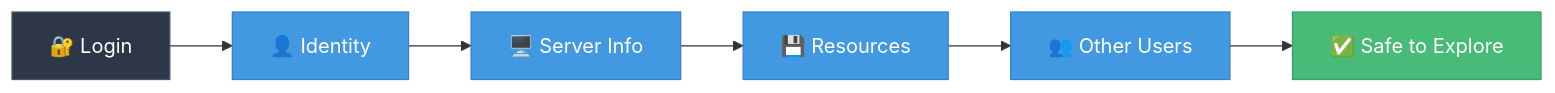
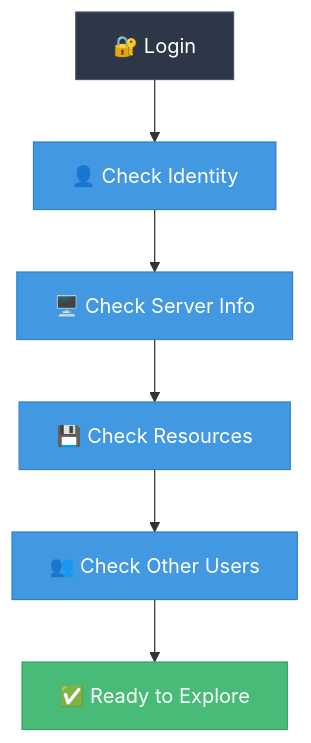
Before and after one commit to bradpenney/exploring_linux: the diagram in docs/day_one/orientation.md, drawn with Mermaid. The commit also changed other lines of this file and 5 other files, not shown here.

````diff
--- a/docs/day_one/orientation.md
+++ b/docs/day_one/orientation.md
@@ -24,15 +24,15 @@
 ``` mermaid
-graph LR
-    A[🔐 Login] --> B[👤 Identity]
-    B --> C[🖥️ Server Info]
-    C --> D[💾 Resources]
-    D --> E[👥 Other Users]
-    E --> F[✅ Safe to Explore]
+graph TD
+    A[🔐 Login] --> B[👤 Check Identity]
+    B --> C[🖥️ Check Server Info]
+    C --> D[💾 Check Resources]
+    D --> E[👥 Check Other Users]
+    E --> F[✅ Ready to Explore]
 
     style A fill:#2d3748,stroke:#4a5568,color:#fff
     style F fill:#48bb78,stroke:#38a169,color:#fff
     style B fill:#4299e1,stroke:#3182ce,color:#fff
     style C fill:#4299e1,stroke:#3182ce,color:#fff
     style D fill:#4299e1,stroke:#3182ce,color:#fff
     style E fill:#4299e1,stroke:#3182ce,color:#fff
 ```
````
